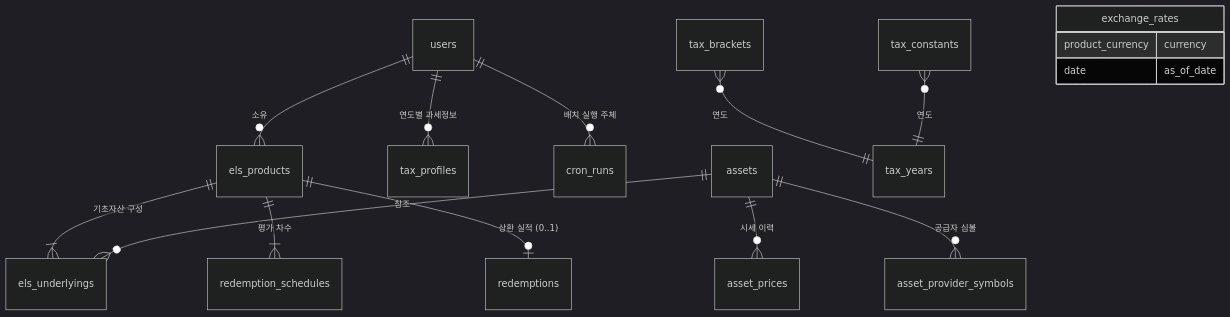
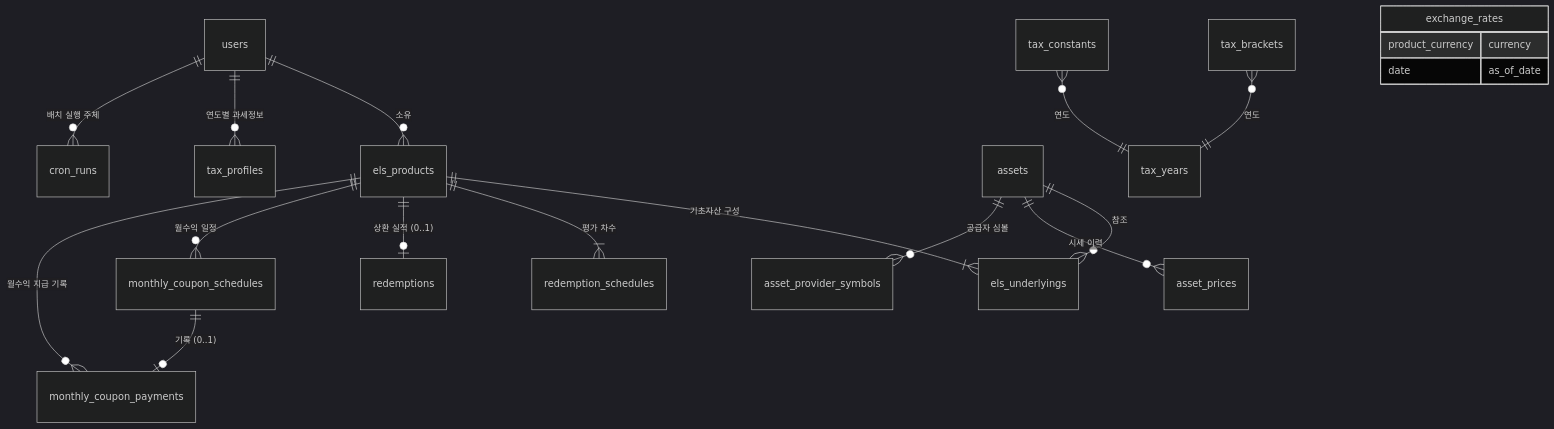
The diagram in docs/02_데이터_모델.md (hellinii/els-manager), drawn with Mermaid (dark theme) before and after one commit. The commit also changed other lines of this file and 6 other files, not shown here.

````diff
--- a/docs/02_데이터_모델.md
+++ b/docs/02_데이터_모델.md
@@ -68,19 +69,23 @@
 ```mermaid
 erDiagram
     users ||--o{ els_products : "소유"
     users ||--o{ tax_profiles : "연도별 과세정보"
     users ||--o{ cron_runs : "배치 실행 주체"
     els_products ||--|{ els_underlyings : "기초자산 구성"
     els_products ||--|{ redemption_schedules : "평가 차수"
     els_products ||--o| redemptions : "상환 실적 (0..1)"
+    %% v1.14 명세 · 구현 P8 컷 b2 — 월지급식(D-09). 일정 ↔ 기록은 FULL 상품에서만 이어진다(REALIZED_ONLY의 기록은 순번이 NULL)
+    els_products ||--o{ monthly_coupon_schedules : "월수익 일정"
+    els_products ||--o{ monthly_coupon_payments : "월수익 지급 기록"
+    monthly_coupon_schedules ||--o| monthly_coupon_payments : "기록 (0..1)"
     assets ||--o{ els_underlyings : "참조"
     assets ||--o{ asset_prices : "시세 이력"
     assets ||--o{ asset_provider_symbols : "공급자 심볼"
     tax_brackets }o--|| tax_years : "연도"
     tax_constants }o--|| tax_years : "연도"
     %% v1.10 명세 · 구현 P8 컷 a3 — 관계 없음(공용 관측, 소유자·FK 없음)
     exchange_rates {
         product_currency currency
         date as_of_date
     }
 ```
````
